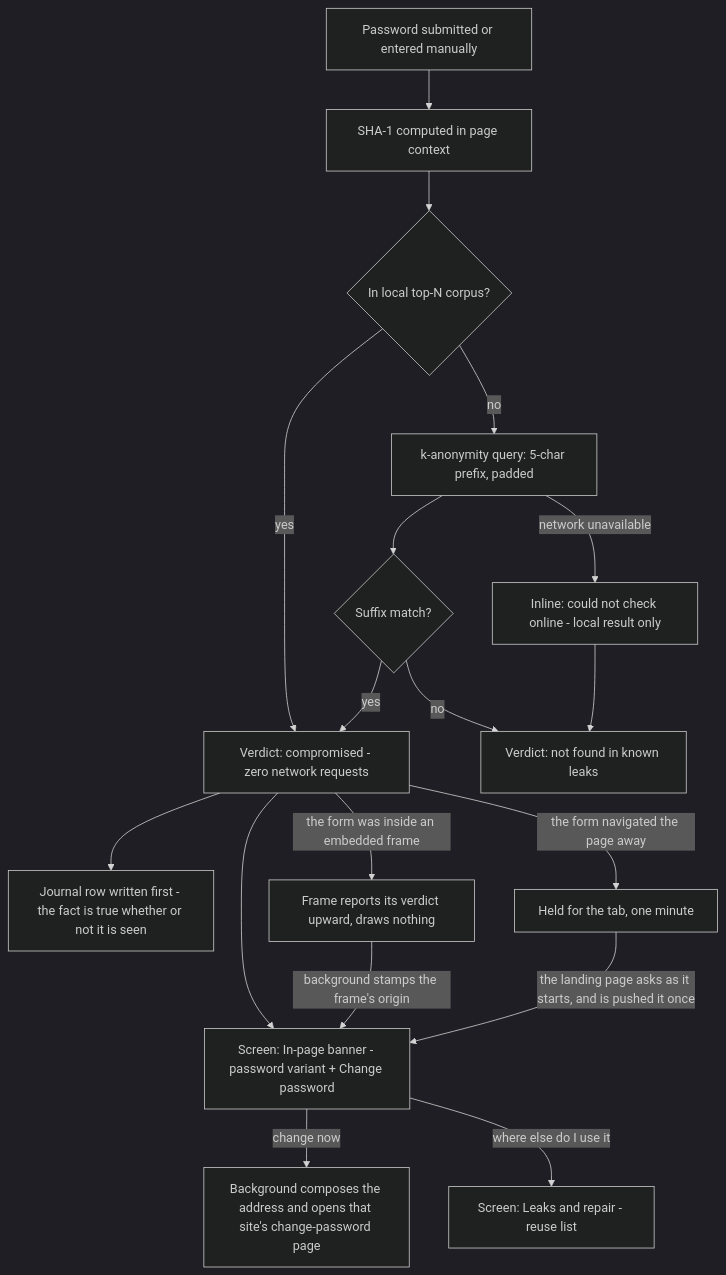
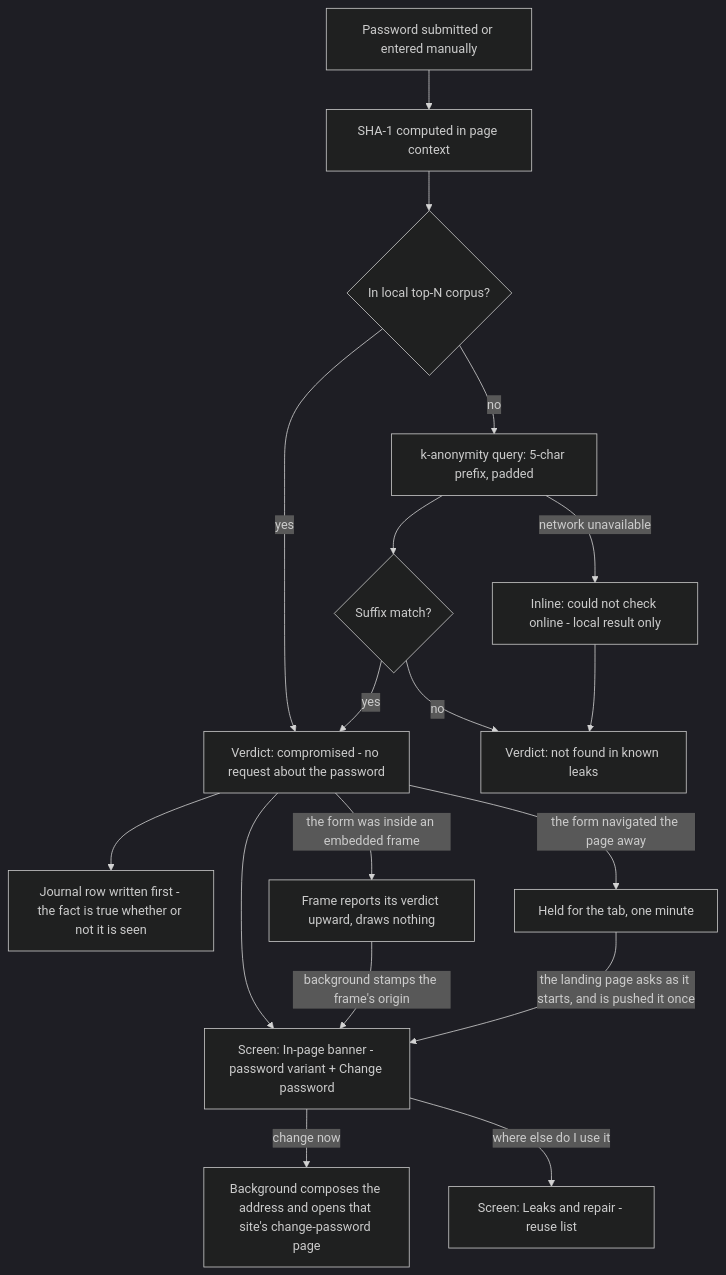
Before and after one commit to passioncode-ai/okolos: the tenth of 24 diagrams in docs/ux/flows.md, drawn with Mermaid (dark theme). The commit also changed other lines of this file and 90 other files, not shown here.

````diff
--- a/docs/ux/flows.md
+++ b/docs/ux/flows.md
@@ -294,20 +294,20 @@
 ```mermaid
 flowchart TD
   A[Password submitted or entered manually] --> B[SHA-1 computed in page context]
   B --> C{In local top-N corpus?}
-  C -->|yes| D[Verdict: compromised - zero network requests]
+  C -->|yes| D[Verdict: compromised - no request about the password]
   C -->|no| E[k-anonymity query: 5-char prefix, padded]
   E --> F{Suffix match?}
   F -->|yes| D
   F -->|no| G[Verdict: not found in known leaks]
   E -->|network unavailable| E_err[Inline: could not check online - local result only]
   E_err --> G
   D --> J1[Journal row written first - the fact is true whether or not it is seen]
   D --> H[Screen: In-page banner - password variant + Change password]
   D -->|the form was inside an embedded frame| F2[Frame reports its verdict upward, draws nothing]
   F2 -->|background stamps the frame's origin| H
   D -->|the form navigated the page away| K[Held for the tab, one minute]
   K -->|the landing page asks as it starts, and is pushed it once| H
   H -->|change now| I[Background composes the address and opens that site's change-password page]
   H -->|where else do I use it| J[Screen: Leaks and repair - reuse list]
 ```
````
